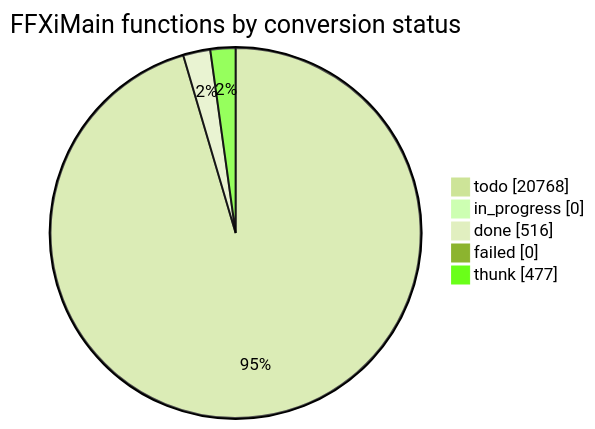
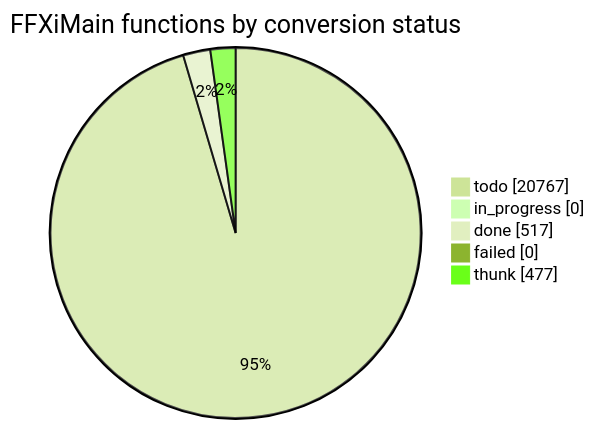
The diagram in docs/cow/STATUS.md (cowrevenge/cow_kuluu_xi_anything), drawn with Mermaid (forest theme) before and after one commit. The commit also changed other lines of this file and 9 other files, not shown here.

````diff
--- a/docs/cow/STATUS.md
+++ b/docs/cow/STATUS.md
@@ -18,9 +18,9 @@
 ```mermaid
 pie showData
     title FFXiMain functions by conversion status
-    "todo" : 20768
+    "todo" : 20767
     "in_progress" : 0
-    "done" : 516
+    "done" : 517
     "failed" : 0
     "thunk" : 477
 ```
````
